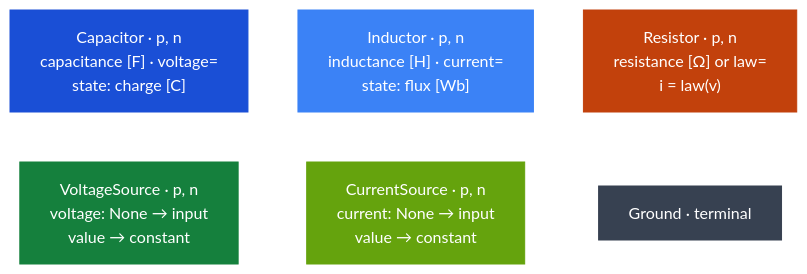
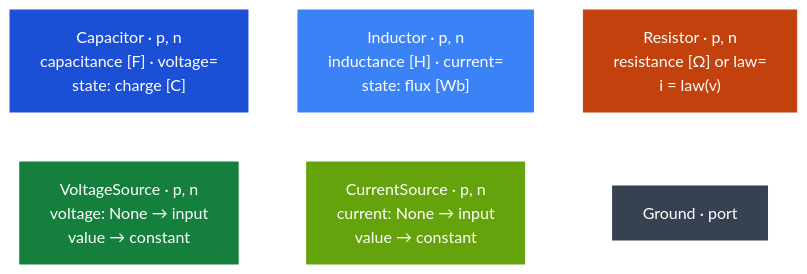
The third of 11 diagrams in COMPONENTS.md (otwin-core/otwin), drawn with Mermaid before and after one commit. The commit also changed other lines of this file and 57 other files, not shown here.

````diff
--- a/COMPONENTS.md
+++ b/COMPONENTS.md
@@ -201,17 +202,17 @@
 ```mermaid
 flowchart LR
     classDef as fill:#1a4fd6,color:#fff,stroke:#1a4fd6
     classDef ts fill:#3b82f6,color:#fff,stroke:#3b82f6
     classDef rs fill:#c2410c,color:#fff,stroke:#c2410c
     classDef ax fill:#15803d,color:#fff,stroke:#15803d
     classDef tx fill:#65a30d,color:#fff,stroke:#65a30d
     classDef rf fill:#374151,color:#fff,stroke:#374151
     E1["Capacitor · p, n<br/>capacitance [F] · voltage=<br/>state: charge [C]"]:::as
     E2["Inductor · p, n<br/>inductance [H] · current=<br/>state: flux [Wb]"]:::ts
     E3["Resistor · p, n<br/>resistance [Ω] or law=<br/>i = law(v)"]:::rs
     E4["VoltageSource · p, n<br/>voltage: None → input<br/>value → constant"]:::ax
     E5["CurrentSource · p, n<br/>current: None → input<br/>value → constant"]:::tx
-    E6["Ground · terminal"]:::rf
+    E6["Ground · port"]:::rf
     E1 ~~~ E2 ~~~ E3
     E4 ~~~ E5 ~~~ E6
 ```
````
